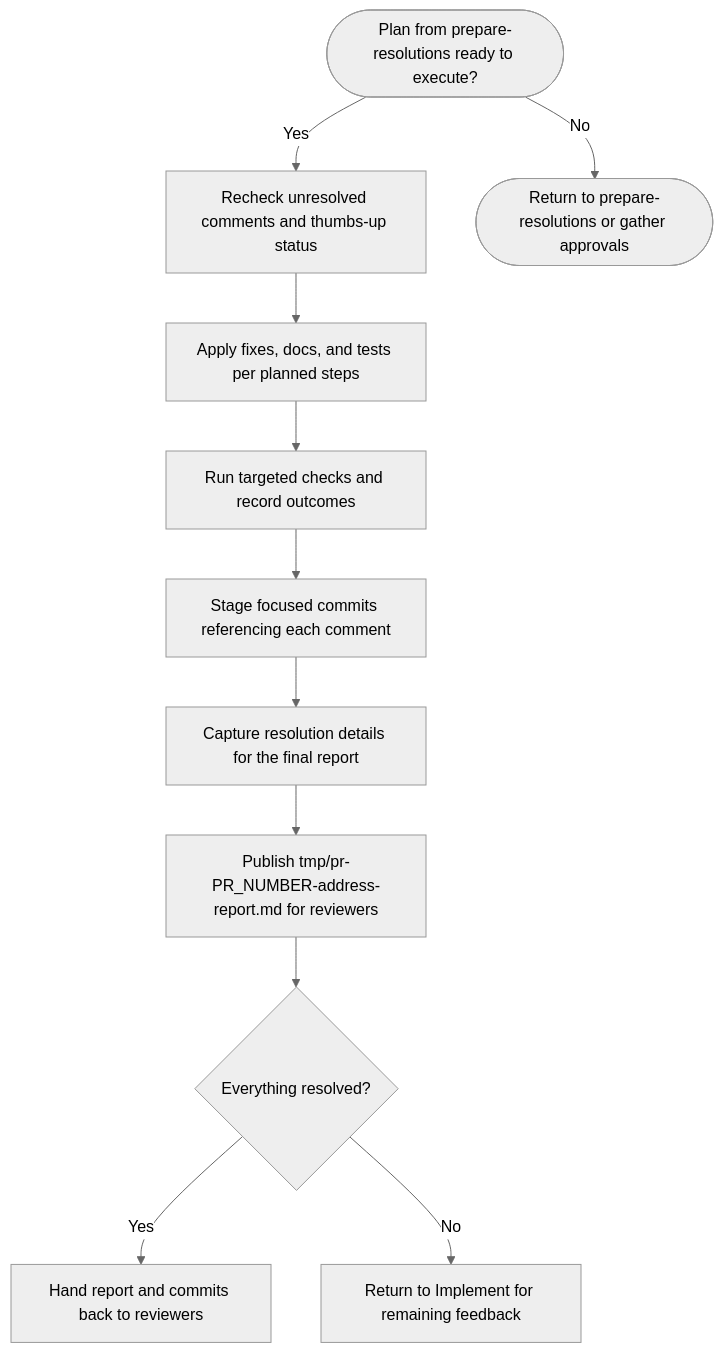
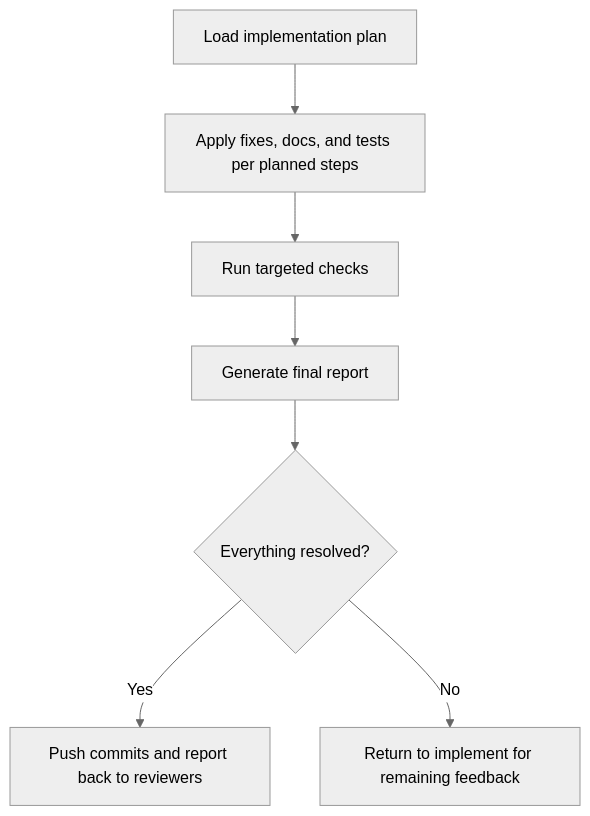
One commit to mkaczkowski/ai-command-library changed the sixth of 6 diagrams in README.md. Above: the diagram before and after it, drawn with Mermaid (neutral theme). The commit also changed other lines of this file, not shown here.

Commit message:
docs: enhance flowcharts in README.md for clarity and readability

````diff
--- a/README.md
+++ b/README.md
@@ -168,13 +165,10 @@
 ```mermaid
 flowchart TD
-    Kickoff([Plan from prepare-resolutions ready to execute?]) -->|Yes| Reconfirm[Recheck unresolved comments and thumbs-up status]
+    Reconfirm[Load implementation plan]
     Reconfirm --> Implement[Apply fixes, docs, and tests per planned steps]
-    Implement --> Validate[Run targeted checks and record outcomes]
-    Validate --> Commit[Stage focused commits referencing each comment]
-    Commit --> Log[Capture resolution details for the final report]
-    Log --> Report[Publish tmp/pr-PR_NUMBER-address-report.md for reviewers]
+    Implement --> Validate[Run targeted checks]
+    Validate --> Report[Generate final report]
     Report --> Wrap{Everything resolved?}
-    Wrap -->|Yes| Share[Hand report and commits back to reviewers]
-    Wrap -->|No| Loop[Return to Implement for remaining feedback]
-    Kickoff -->|No| Prep([Return to prepare-resolutions or gather approvals])
+    Wrap -->|Yes| Share[Push commits and report back to reviewers]
+    Wrap -->|No| Loop[Return to implement for remaining feedback]
 ```
````
